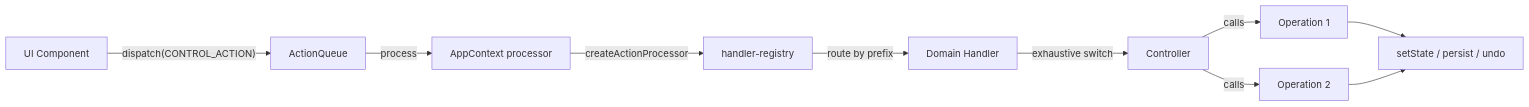
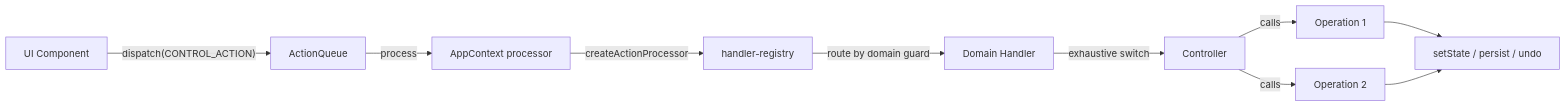
Before and after one commit to Dangerdan9631/Vayeate: the diagram in .cursor/rules/vayeate-theme-studio-action-queue.mdc, drawn with Mermaid. The commit also changed other lines of this file and 33 other files, not shown here.

````diff
--- a/.cursor/rules/vayeate-theme-studio-action-queue.mdc
+++ b/.cursor/rules/vayeate-theme-studio-action-queue.mdc
@@ -32,12 +32,12 @@
 ```mermaid
 flowchart LR
   UI[UI Component] -->|"dispatch(CONTROL_ACTION)"| Queue[ActionQueue]
   Queue -->|"process"| Context[AppContext processor]
   Context -->|"createActionProcessor"| Registry[handler-registry]
-  Registry -->|"route by prefix"| Handler[Domain Handler]
+  Registry -->|"route by domain guard"| Handler[Domain Handler]
   Handler -->|"exhaustive switch"| Controller[Controller]
   Controller -->|"calls"| Op1[Operation 1]
   Controller -->|"calls"| Op2[Operation 2]
   Op1 --> State[setState / persist / undo]
   Op2 --> State
 ```
````
